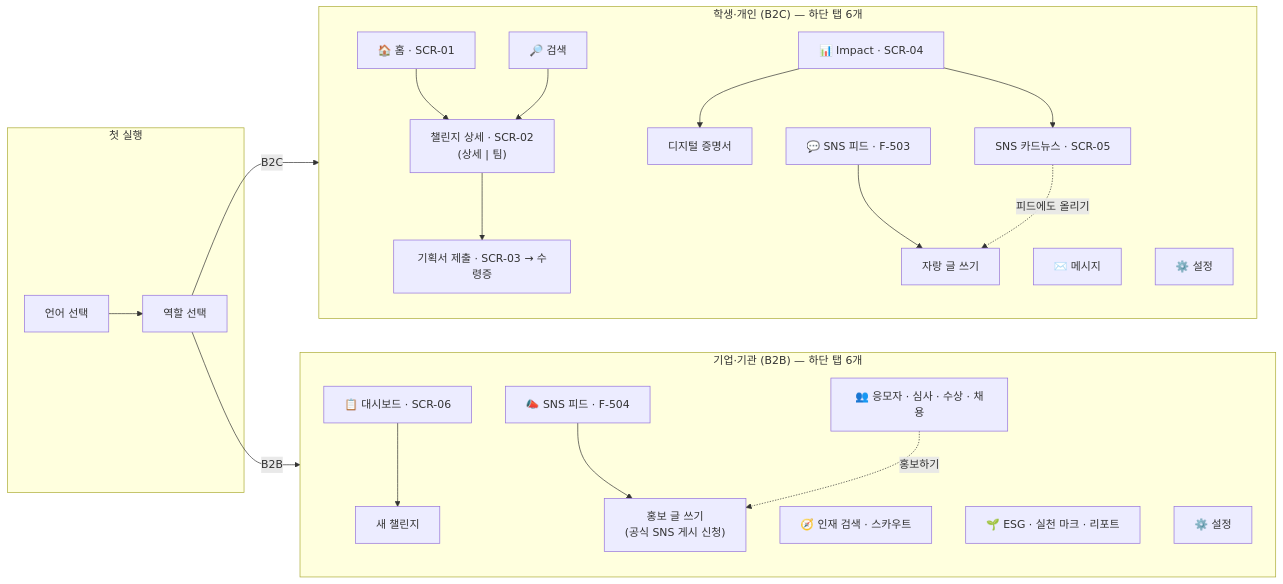
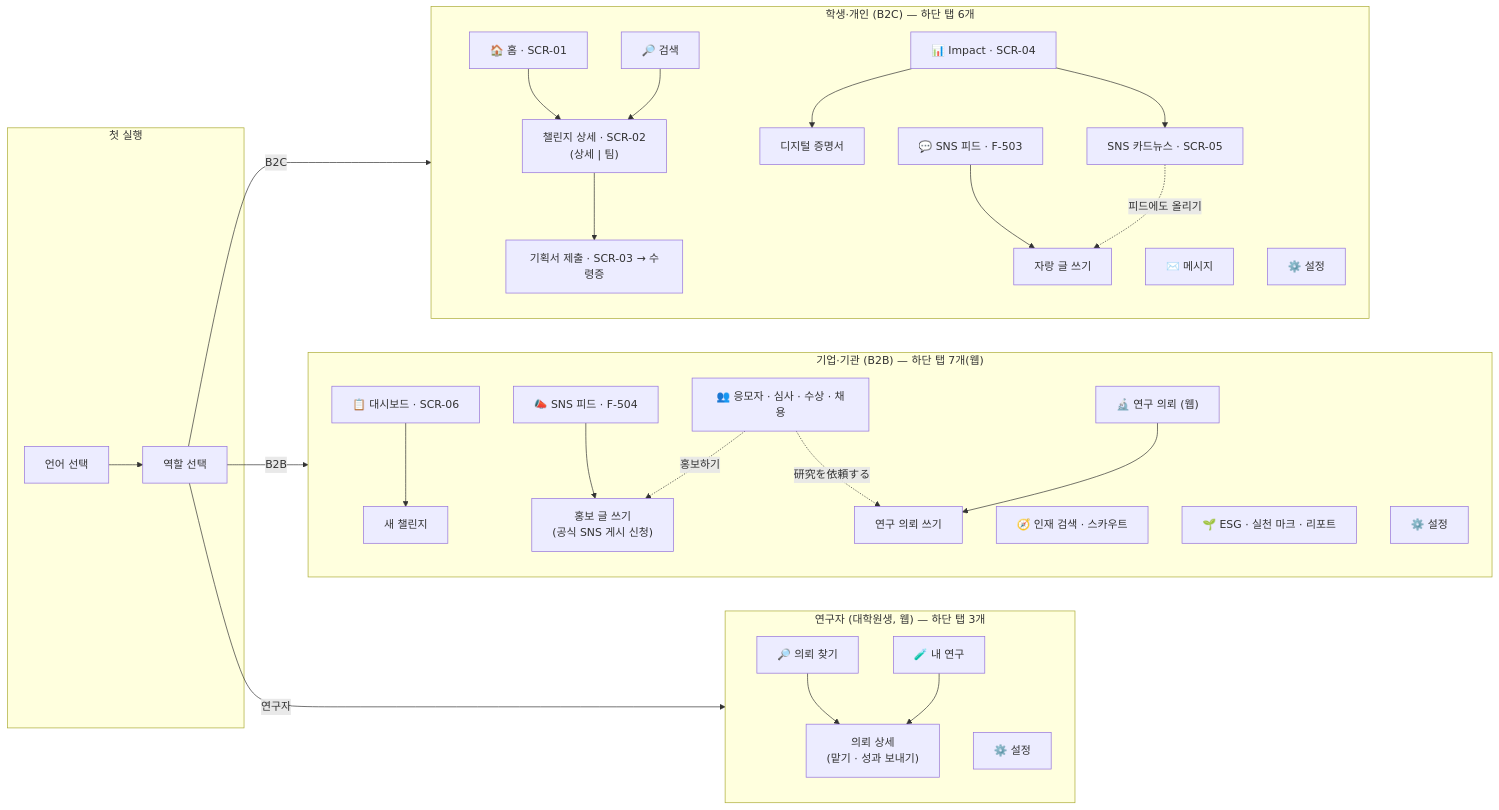
The seventh of 18 diagrams in README.md (atome9797/sdgs-compass), drawn with Mermaid before and after one commit. The commit also changed 2 other files, not shown here.

Commit message:
fix(mobile): 웹 전용 연구자 역할은 앱에서 이용 유형 선택으로 · README 사이트 맵에 연구자 화면
- gateFor: researcher(웹 데모에만 있는 역할)는 고르지 않은 것과 같게 보고 이용 유형 선택(학생·기업)을 보여 줘요 — Role 이 늘어서 난 앱 타입 오류 수정
- README 사이트 맵: 기업 하단 탭 7개(웹) · 연구 의뢰 · 연구자(의뢰 찾기 · 상세 · 내 연구 · 설정)

Claude-Session: https://claude.ai/code/session_01LvWATVHgpvryt6TBs7ZpJZ

````diff
--- a/README.md
+++ b/README.md
@@ -291,43 +291,57 @@
 ```mermaid
 flowchart LR
   subgraph gate["첫 실행"]
     g1["언어 선택"] --> g2["역할 선택"]
   end
   subgraph b2c["학생·개인 (B2C) — 하단 탭 6개"]
     direction TB
     home["🏠 홈 · SCR-01"]
     feed1["💬 SNS 피드 · F-503"]
     search["🔎 검색"]
     impact["📊 Impact · SCR-04"]
     msg["✉️ 메시지"]
     set1["⚙️ 설정"]
     ch["챌린지 상세 · SCR-02<br/>(상세 | 팀)"]
     sub["기획서 제출 · SCR-03 → 수령증"]
     cert["디지털 증명서"]
     share["SNS 카드뉴스 · SCR-05"]
     post1["자랑 글 쓰기"]
     home --> ch
     search --> ch
     ch --> sub
     impact --> cert
     impact --> share
     feed1 --> post1
     share -. "피드에도 올리기" .-> post1
   end
-  subgraph b2b["기업·기관 (B2B) — 하단 탭 6개"]
+  subgraph b2b["기업·기관 (B2B) — 하단 탭 7개(웹)"]
     direction TB
     dash["📋 대시보드 · SCR-06"]
     new["새 챌린지"]
     app["👥 응모자 · 심사 · 수상 · 채용"]
     tal["🧭 인재 검색 · 스카우트"]
     esg["🌱 ESG · 실천 마크 · 리포트"]
     set2["⚙️ 설정"]
     feed2["📣 SNS 피드 · F-504"]
     post2["홍보 글 쓰기<br/>(공식 SNS 게시 신청)"]
+    res["🔬 연구 의뢰 (웹)"]
+    resnew["연구 의뢰 쓰기"]
     dash --> new
     feed2 --> post2
     app -. "홍보하기" .-> post2
+    app -. "研究を依頼する" .-> resnew
+    res --> resnew
+  end
+  subgraph lab["연구자 (대학원생, 웹) — 하단 탭 3개"]
+    direction TB
+    find["🔎 의뢰 찾기"]
+    req["의뢰 상세<br/>(맡기 · 성과 보내기)"]
+    mine["🧪 내 연구"]
+    set3["⚙️ 설정"]
+    find --> req
+    mine --> req
   end
   g2 -- "B2C" --> b2c
   g2 -- "B2B" --> b2b
+  g2 -- "연구자" --> lab
 ```
````
